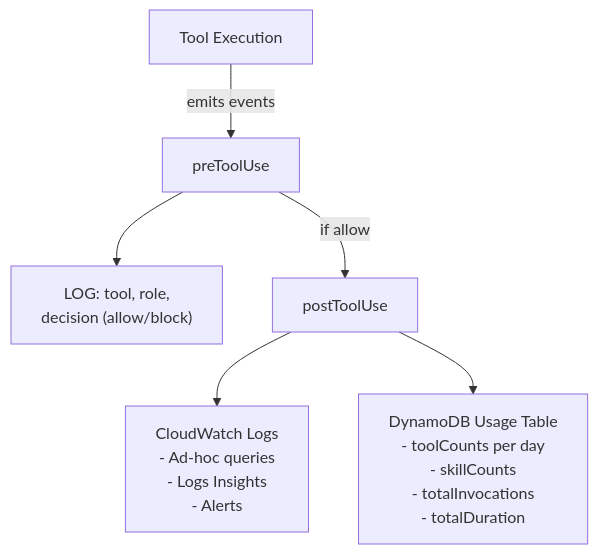
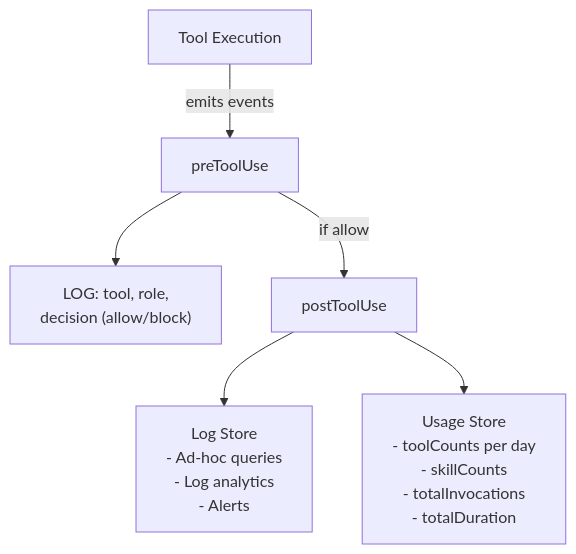
One commit to phbruce/agentrun changed the fifth of 31 diagrams in docs/book/agentrun-book.md. Above: the diagram before and after it, drawn with Mermaid. The commit also changed other lines of this file, not shown here.

````diff
--- a/docs/book/agentrun-book.md
+++ b/docs/book/agentrun-book.md
@@ -572,15 +571,15 @@
 ```mermaid
 flowchart TB
     Exec["Tool Execution"]
     Pre["preToolUse"]
     LogPre["LOG: tool, role,\ndecision (allow/block)"]
     Post["postToolUse"]
-    CW["CloudWatch Logs\n- Ad-hoc queries\n- Logs Insights\n- Alerts"]
-    DDB["DynamoDB Usage Table\n- toolCounts per day\n- skillCounts\n- totalInvocations\n- totalDuration"]
+    CW["Log Store\n- Ad-hoc queries\n- Log analytics\n- Alerts"]
+    DDB["Usage Store\n- toolCounts per day\n- skillCounts\n- totalInvocations\n- totalDuration"]
 
     Exec -->|emits events| Pre
     Pre --> LogPre
     Pre -->|if allow| Post
     Post --> CW
     Post --> DDB
 ```
````
